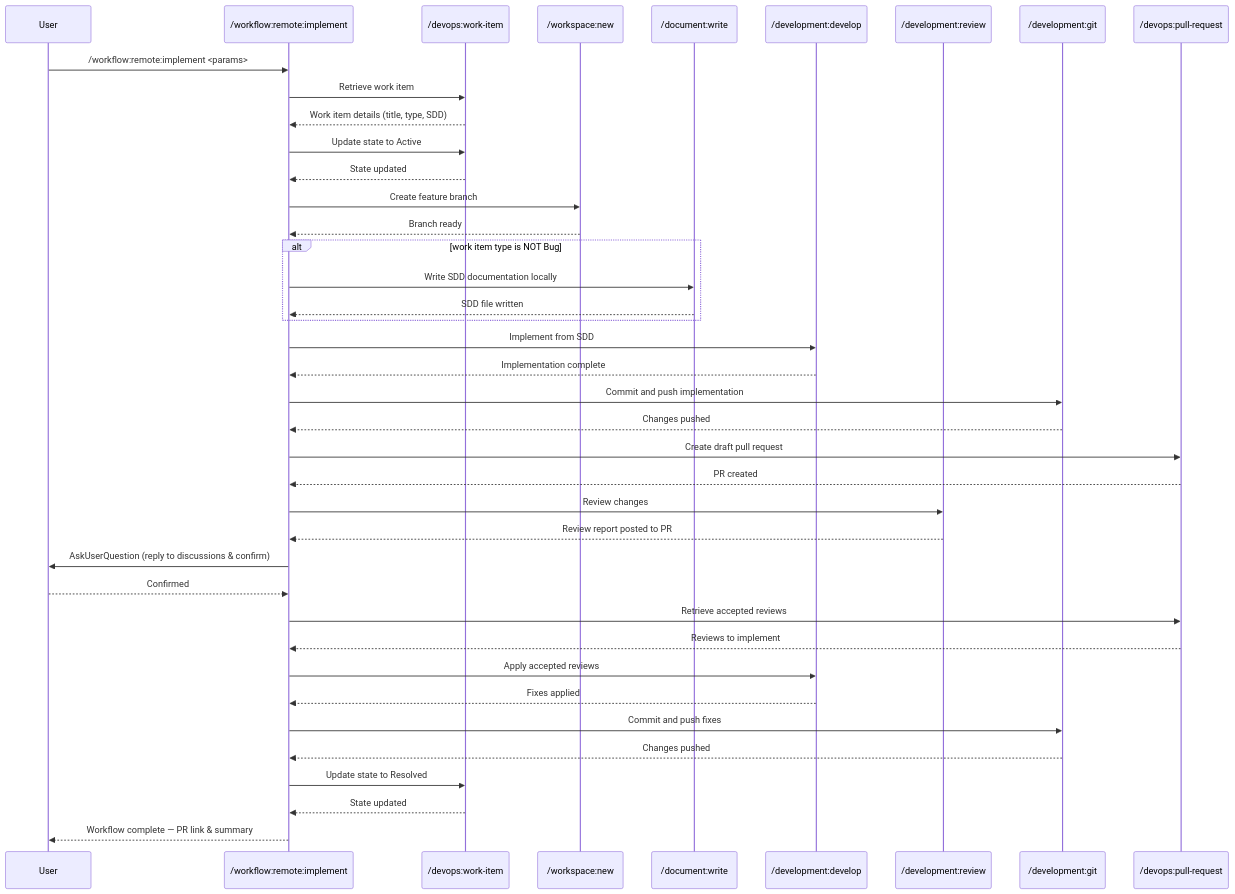
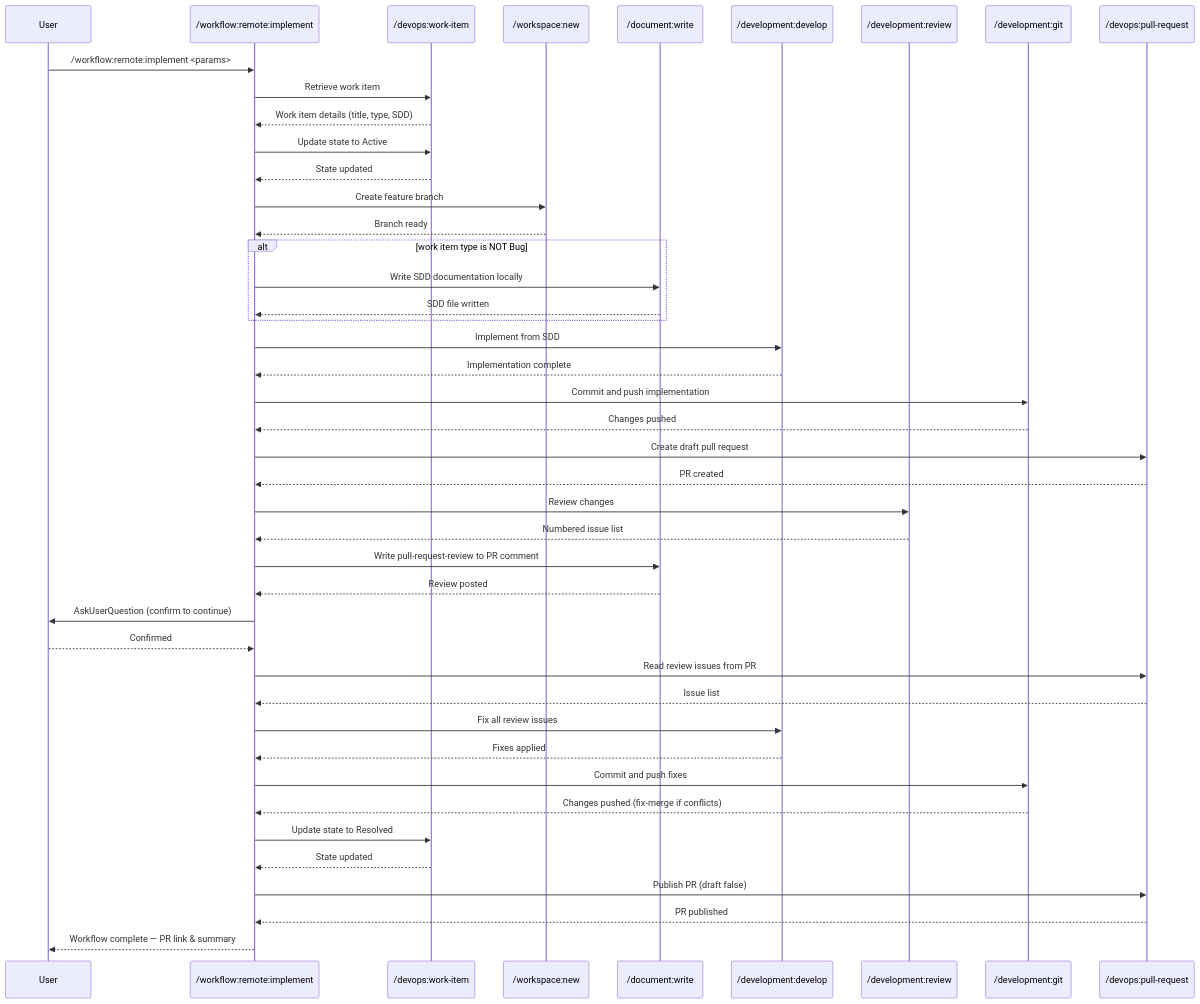
One commit to zzaia/zzaia-agentic-workspace changed the diagram in .claude/commands/workflow/remote/implement.md. Above: the diagram before and after it, drawn with Mermaid. The commit also changed other lines of this file and 1 other file, not shown here.

Commit message:
Improve the remote implement workflow;

````diff
--- a/.claude/commands/workflow/remote/implement.md
+++ b/.claude/commands/workflow/remote/implement.md
@@ -106,54 +113,59 @@
 ```mermaid
 sequenceDiagram
     participant U as User
     participant P as /workflow:remote:implement
     participant WI as /devops:work-item
     participant WN as /workspace:new
     participant DW as /document:write
     participant DD as /development:develop
     participant DR as /development:review
     participant DG as /development:git
     participant PR as /devops:pull-request
 
     U->>P: /workflow:remote:implement <params>
 
     P->>WI: Retrieve work item
     WI-->>P: Work item details (title, type, SDD)
     P->>WI: Update state to Active
     WI-->>P: State updated
 
     P->>WN: Create feature branch
     WN-->>P: Branch ready
 
     alt work item type is NOT Bug
         P->>DW: Write SDD documentation locally
         DW-->>P: SDD file written
     end
 
     P->>DD: Implement from SDD
     DD-->>P: Implementation complete
 
     P->>DG: Commit and push implementation
     DG-->>P: Changes pushed
 
     P->>PR: Create draft pull request
     PR-->>P: PR created
 
     P->>DR: Review changes
-    DR-->>P: Review report posted to PR
-    P->>U: AskUserQuestion (reply to discussions & confirm)
+    DR-->>P: Numbered issue list
+    P->>DW: Write pull-request-review to PR comment
+    DW-->>P: Review posted
+    P->>U: AskUserQuestion (confirm to continue)
     U-->>P: Confirmed
 
-    P->>PR: Retrieve accepted reviews
-    PR-->>P: Reviews to implement
+    P->>PR: Read review issues from PR
+    PR-->>P: Issue list
 
-    P->>DD: Apply accepted reviews
+    P->>DD: Fix all review issues
     DD-->>P: Fixes applied
 
     P->>DG: Commit and push fixes
-    DG-->>P: Changes pushed
+    DG-->>P: Changes pushed (fix-merge if conflicts)
     P->>WI: Update state to Resolved
     WI-->>P: State updated
 
+    P->>PR: Publish PR (draft false)
+    PR-->>P: PR published
+
     P-->>U: Workflow complete — PR link & summary
 ```
````
